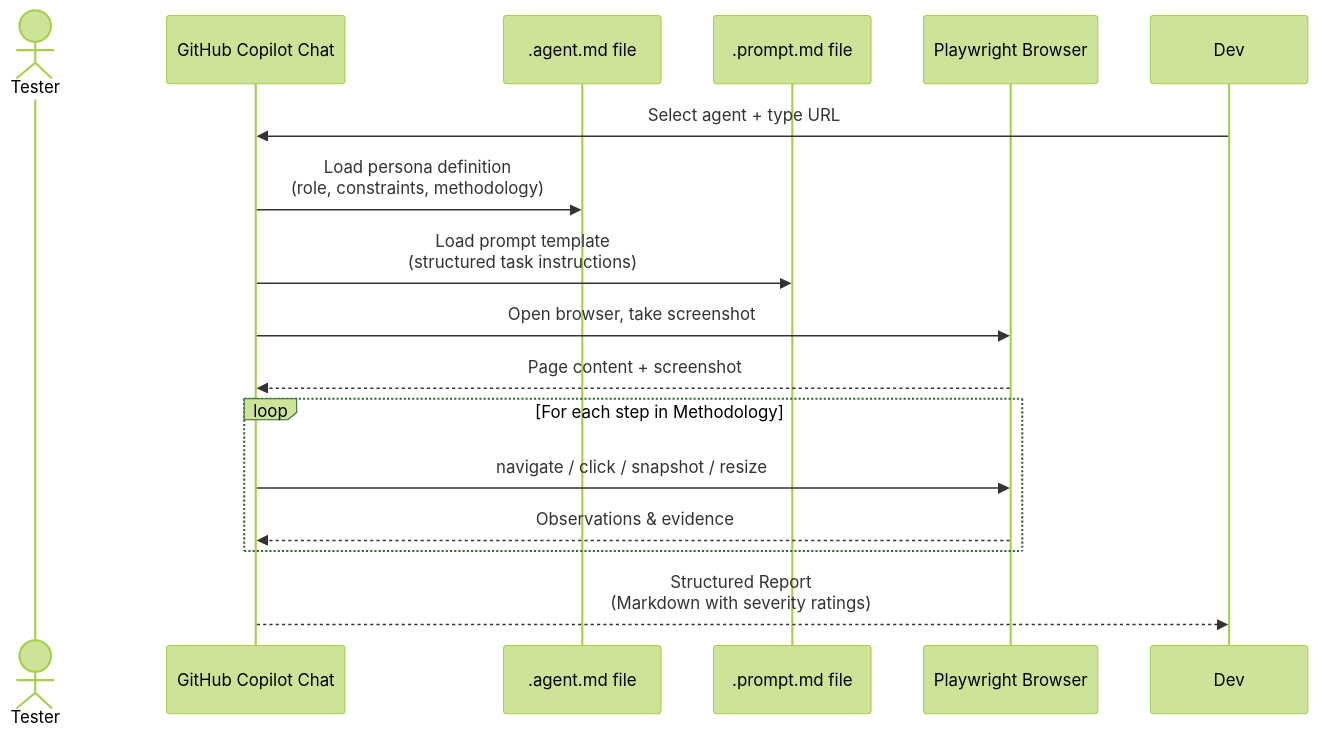
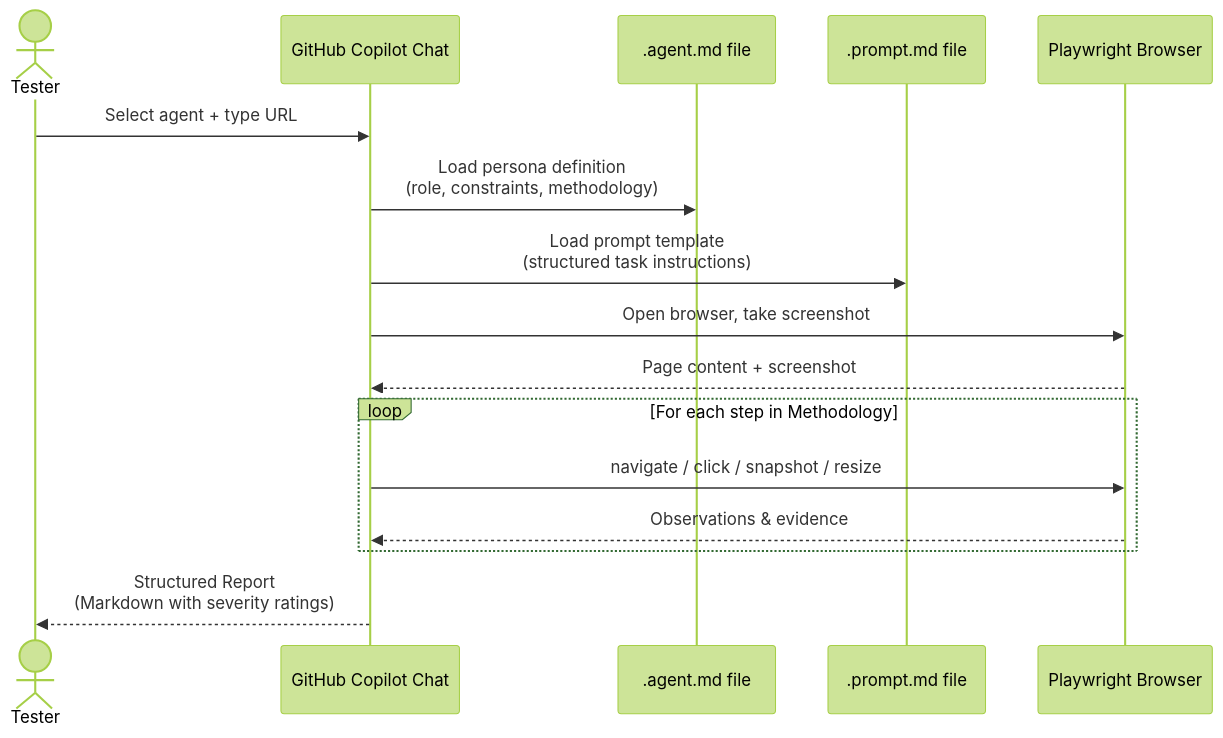
One commit to wwphuztr/Test-Agents changed the third of 3 diagrams in diagram/persona-diagrams.md. Above: the diagram before and after it, drawn with Mermaid (forest theme).

Commit message:
Clarify sequence diagram by changing 'Dev' to 'Tester' for consistency in persona roles

````diff
--- a/diagram/persona-diagrams.md
+++ b/diagram/persona-diagrams.md
@@ -69,19 +69,19 @@
 ```mermaid
 sequenceDiagram
     actor Tester as Tester
     participant CP as GitHub Copilot Chat
     participant AF as .agent.md file
     participant PF as .prompt.md file
     participant BR as Playwright Browser
 
-    Dev->>CP: Select agent + type URL
+    Tester->>CP: Select agent + type URL
     CP->>AF: Load persona definition<br/>(role, constraints, methodology)
     CP->>PF: Load prompt template<br/>(structured task instructions)
     CP->>BR: Open browser, take screenshot
     BR-->>CP: Page content + screenshot
     loop For each step in Methodology
         CP->>BR: navigate / click / snapshot / resize
         BR-->>CP: Observations & evidence
     end
-    CP-->>Dev: Structured Report<br/>(Markdown with severity ratings)
+    CP-->>Tester: Structured Report<br/>(Markdown with severity ratings)
 ```
````
